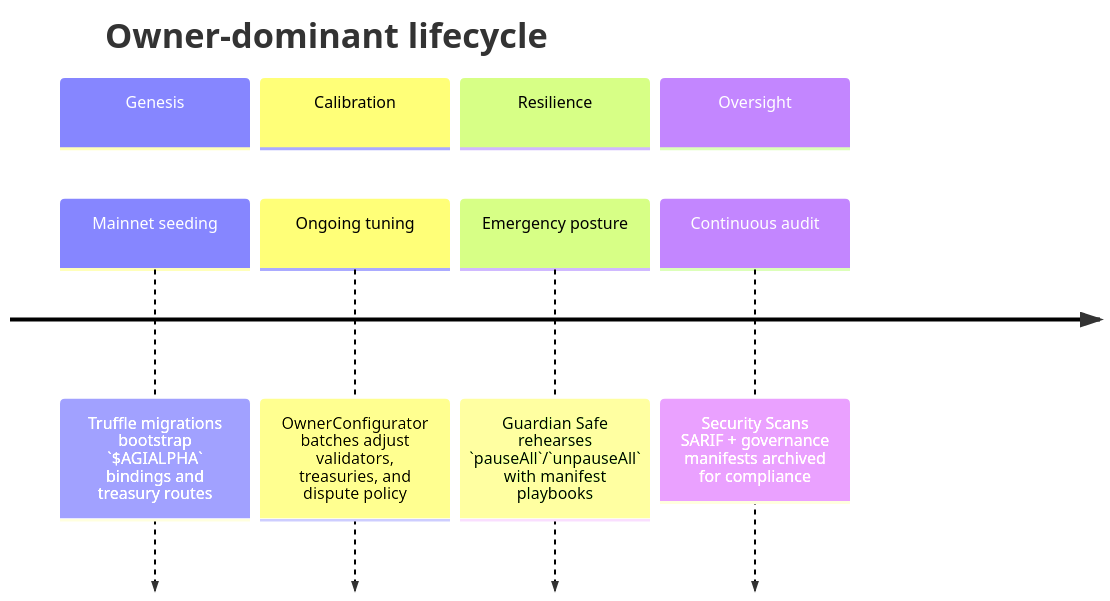
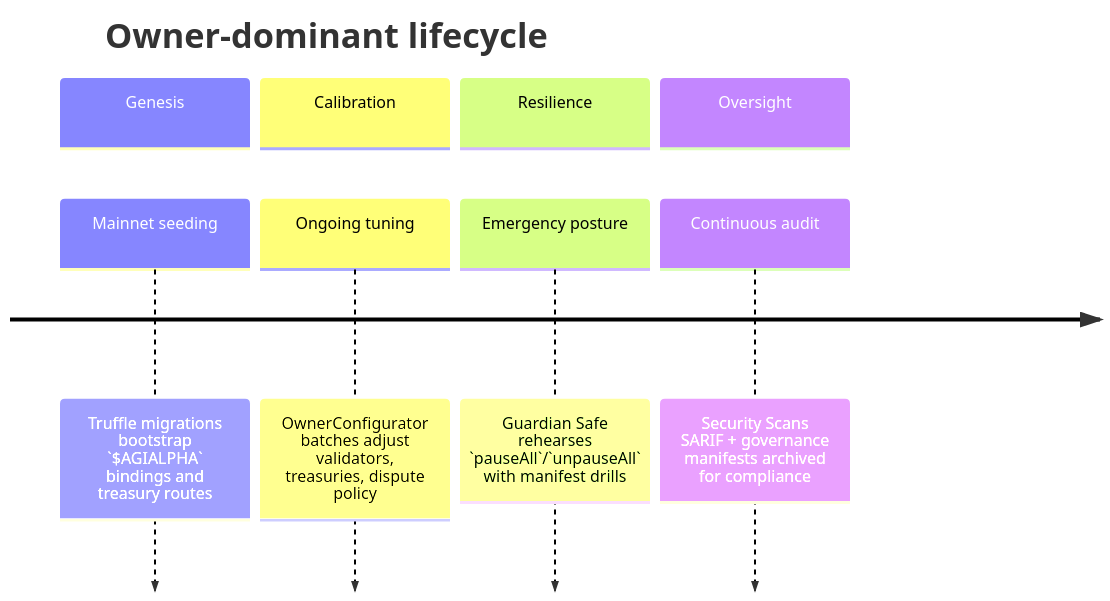
Before and after one commit to MontrealAI/agijobs-sovereign-labor-v0p1: the fourth of 4 diagrams in docs/README.md, drawn with Mermaid. The commit also changed other lines of this file, not shown here.

````diff
--- a/docs/README.md
+++ b/docs/README.md
@@ -283,12 +283,12 @@
 ```mermaid
 timeline
     title Owner-dominant lifecycle
     section Genesis
         Mainnet seeding : Truffle migrations bootstrap `$AGIALPHA` bindings and treasury routes
     section Calibration
-        Ongoing tuning : OwnerConfigurator batches adjust validators, treasuries, and dispute policy
+        Ongoing tuning : OwnerConfigurator batches adjust validators, treasuries, dispute policy
     section Resilience
-        Emergency posture : Guardian Safe rehearses `pauseAll`/`unpauseAll` with manifest playbooks
+        Emergency posture : Guardian Safe rehearses `pauseAll`/`unpauseAll` with manifest drills
     section Oversight
         Continuous audit : Security Scans SARIF + governance manifests archived for compliance
 ```
````
